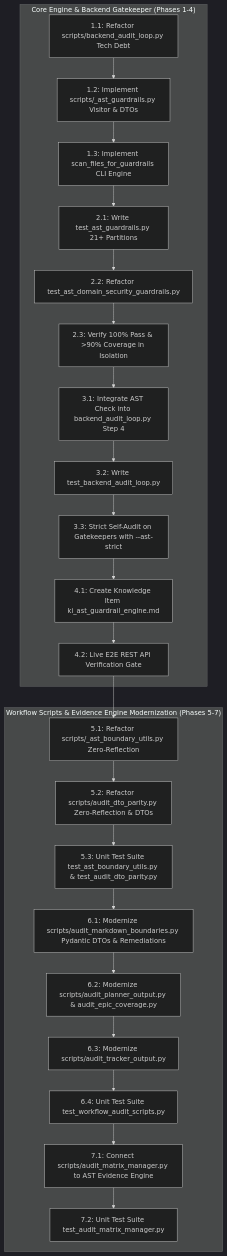
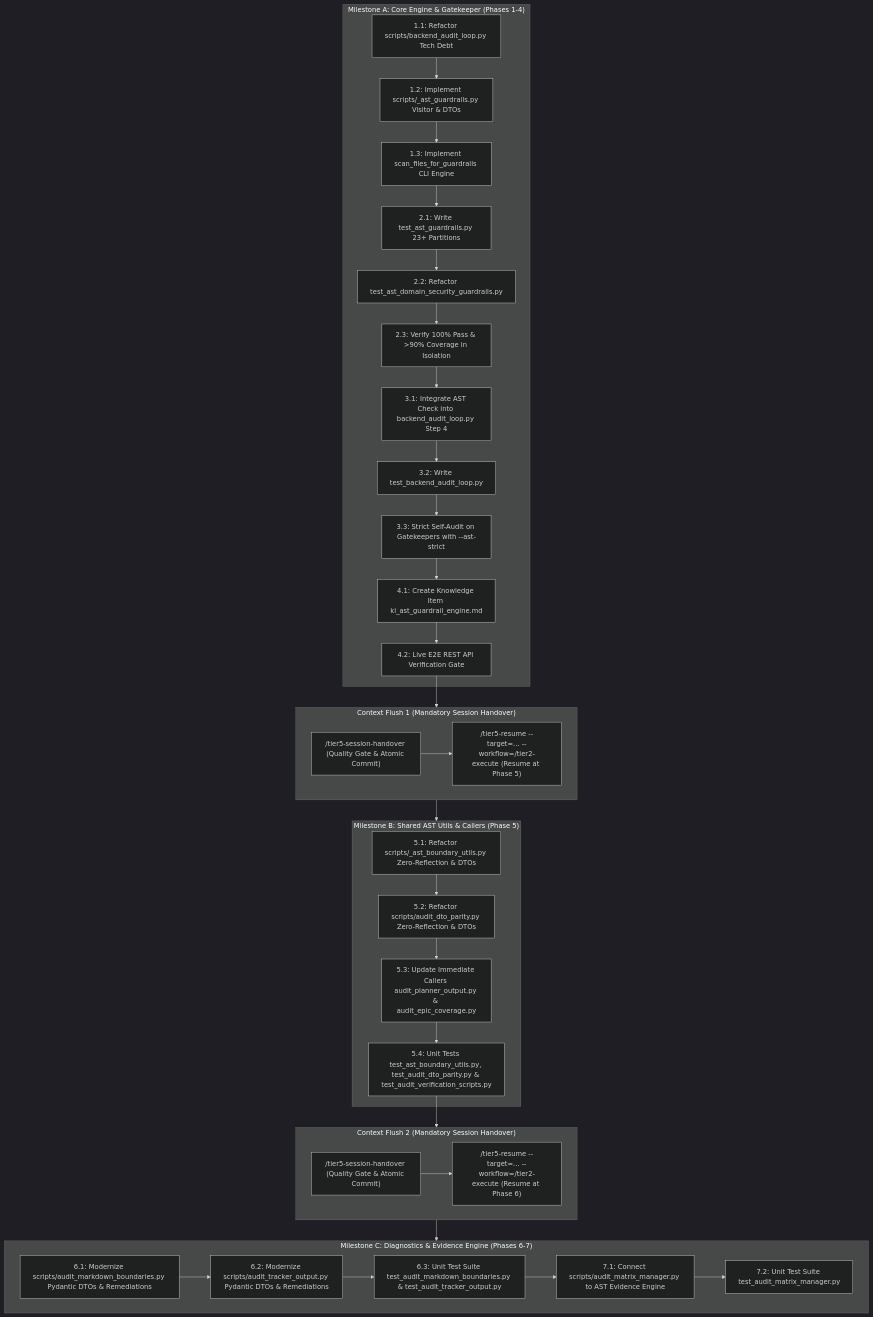
One commit to launis/quorum changed the diagram in docs/implementationplans/IMPLEMENTATION_PLAN_AST_Codebase_Guardrails.md. Above: the diagram before and after it, drawn with Mermaid (dark theme). The commit also changed other lines of this file, not shown here.

Commit message:
feat: create architectural implementation plan for automated AST codebase guardrails and workflow script modernization

````diff
--- a/docs/implementationplans/IMPLEMENTATION_PLAN_AST_Codebase_Guardrails.md
+++ b/docs/implementationplans/IMPLEMENTATION_PLAN_AST_Codebase_Guardrails.md
@@ -74,36 +90,54 @@
 ```mermaid
 flowchart TD
-    subgraph CoreEngine["Core Engine & Backend Gatekeeper (Phases 1-4)"]
+    subgraph MilestoneA["Milestone A: Core Engine & Gatekeeper (Phases 1-4)"]
         A1[1.1: Refactor scripts/backend_audit_loop.py Tech Debt]
         A2[1.2: Implement scripts/_ast_guardrails.py Visitor & DTOs]
         A3[1.3: Implement scan_files_for_guardrails CLI Engine]
-        B1[2.1: Write test_ast_guardrails.py 21+ Partitions]
+        B1[2.1: Write test_ast_guardrails.py 23+ Partitions]
         B2[2.2: Refactor test_ast_domain_security_guardrails.py]
         B3[2.3: Verify 100% Pass & >90% Coverage in Isolation]
         C1[3.1: Integrate AST Check into backend_audit_loop.py Step 4]
         C2[3.2: Write test_backend_audit_loop.py]
         C3[3.3: Strict Self-Audit on Gatekeepers with --ast-strict]
         D1[4.1: Create Knowledge Item ki_ast_guardrail_engine.md]
         D2[4.2: Live E2E REST API Verification Gate]
         
         A1 --> A2 --> A3 --> B1 --> B2 --> B3 --> C1 --> C2 --> C3 --> D1 --> D2
     end
 
-    subgraph ScriptModernization["Workflow Scripts & Evidence Engine Modernization (Phases 5-7)"]
-        E1[5.1: Refactor scripts/_ast_boundary_utils.py Zero-Reflection]
+    subgraph Handover1["Context Flush 1 (Mandatory Session Handover)"]
+        H1["/tier5-session-handover (Quality Gate & Atomic Commit)"]
+        R1["/tier5-resume --target=... --workflow=/tier2-execute (Resume at Phase 5)"]
+        H1 --> R1
+    end
+
+    subgraph MilestoneB["Milestone B: Shared AST Utils & Callers (Phase 5)"]
+        E1[5.1: Refactor scripts/_ast_boundary_utils.py Zero-Reflection & DTOs]
         E2[5.2: Refactor scripts/audit_dto_parity.py Zero-Reflection & DTOs]
-        E3[5.3: Unit Test Suite test_ast_boundary_utils.py & test_audit_dto_parity.py]
+        E3[5.3: Update Immediate Callers audit_planner_output.py & audit_epic_coverage.py]
+        E4[5.4: Unit Tests test_ast_boundary_utils.py, test_audit_dto_parity.py & test_audit_verification_scripts.py]
         
+        E1 --> E2 --> E3 --> E4
+    end
+
+    subgraph Handover2["Context Flush 2 (Mandatory Session Handover)"]
+        H2["/tier5-session-handover (Quality Gate & Atomic Commit)"]
+        R2["/tier5-resume --target=... --workflow=/tier2-execute (Resume at Phase 6)"]
+        H2 --> R2
+    end
+
+    subgraph MilestoneC["Milestone C: Diagnostics & Evidence Engine (Phases 6-7)"]
         F1[6.1: Modernize scripts/audit_markdown_boundaries.py Pydantic DTOs & Remediations]
-        F2[6.2: Modernize scripts/audit_planner_output.py & audit_epic_coverage.py]
-        F3[6.3: Modernize scripts/audit_tracker_output.py]
-        F4[6.4: Unit Test Suite test_workflow_audit_scripts.py]
-        
+        F2[6.2: Modernize scripts/audit_tracker_output.py Pydantic DTOs & Remediations]
+        F3[6.3: Unit Test Suite test_audit_markdown_boundaries.py & test_audit_tracker_output.py]
         G1[7.1: Connect scripts/audit_matrix_manager.py to AST Evidence Engine]
         G2[7.2: Unit Test Suite test_audit_matrix_manager.py]
         
-        E1 --> E2 --> E3 --> F1 --> F2 --> F3 --> F4 --> G1 --> G2
+        F1 --> F2 --> F3 --> G1 --> G2
     end
 
-    D2 --> E1
+    D2 --> Handover1
+    Handover1 --> MilestoneB
+    E4 --> Handover2
+    Handover2 --> MilestoneC
 ```
````
